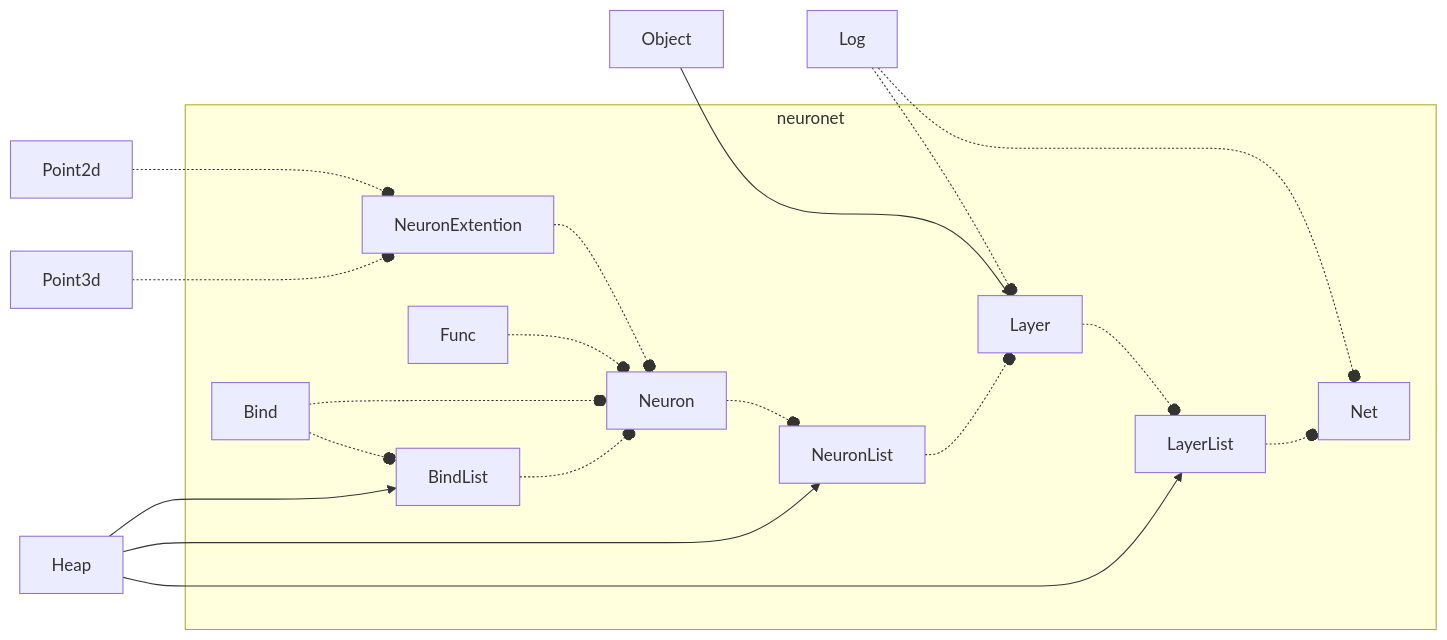
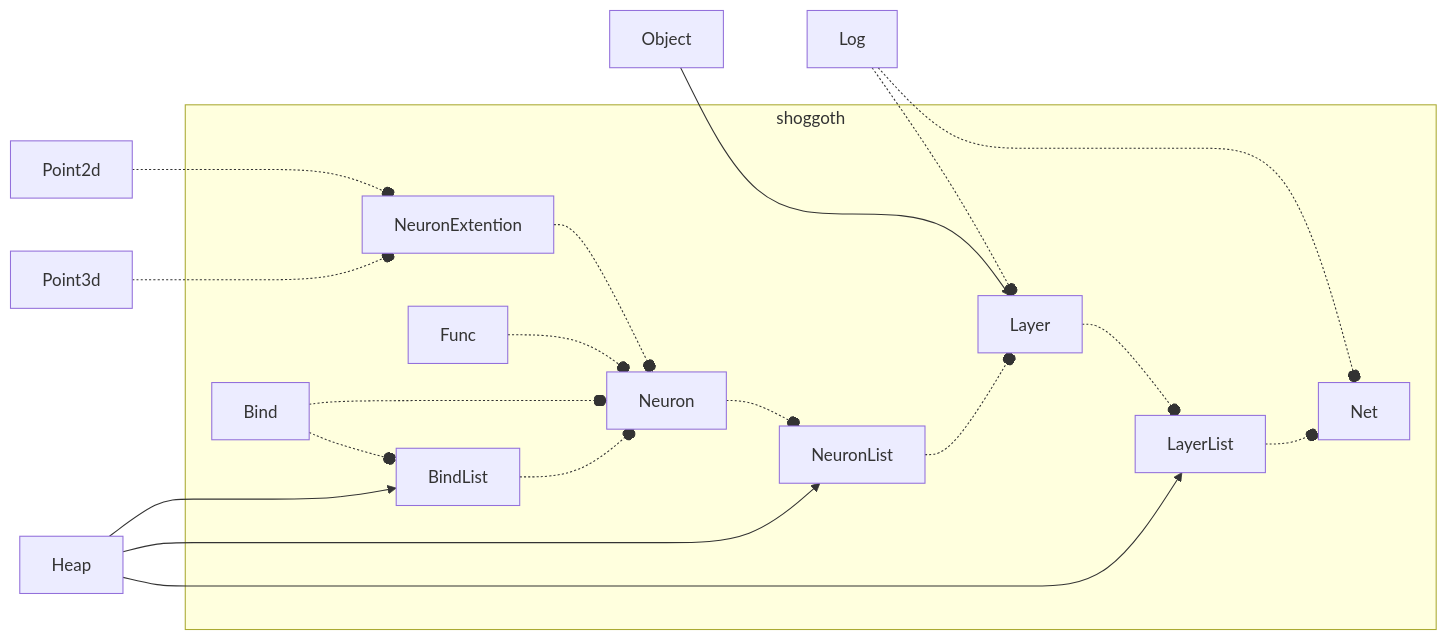
Before and after one commit to johnthesmith/shoggoth: the third of 3 diagrams in README.md, drawn with Mermaid.

Commit message:
Libraries refactoring

````diff
--- a/README.md
+++ b/README.md
@@ -120,33 +120,33 @@
 ```mermaid
 flowchart LR
 
-    subgraph neuronet
+    subgraph shoggoth
         Bind
         BindList
         Layer
         LayerList
         Net
         Neuron
         NeuronList
         Func
         NeuronExtention
     end
 
     Point2d -..-o NeuronExtention
     Point3d -..-o NeuronExtention
 
     Log -.-o Net
     Log -.-o Layer
     NeuronExtention -.-o Neuron
     Func -.-o Neuron
     Neuron -.-o NeuronList
     Object ---> Layer
     NeuronList -.-o Layer
     Layer -.-o LayerList
     LayerList -.-o Net
     Bind -.-o BindList & Neuron
     BindList -.-o Neuron
     Heap --> BindList
     Heap -----> NeuronList
     Heap -----> LayerList
 ```
````
